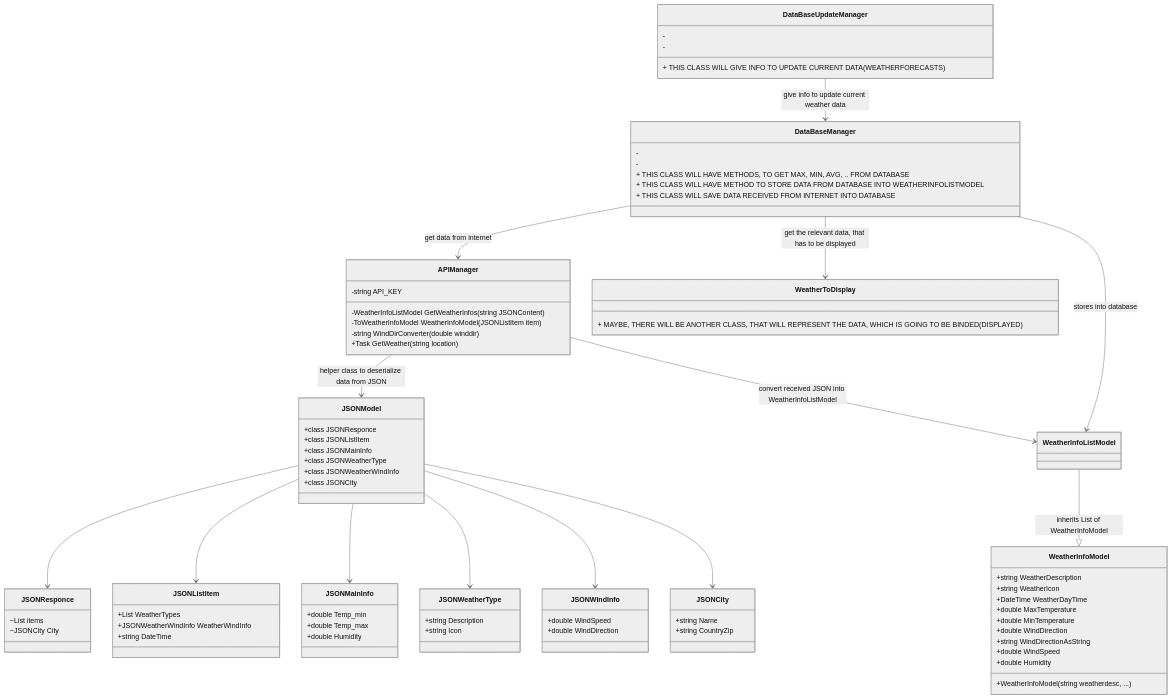
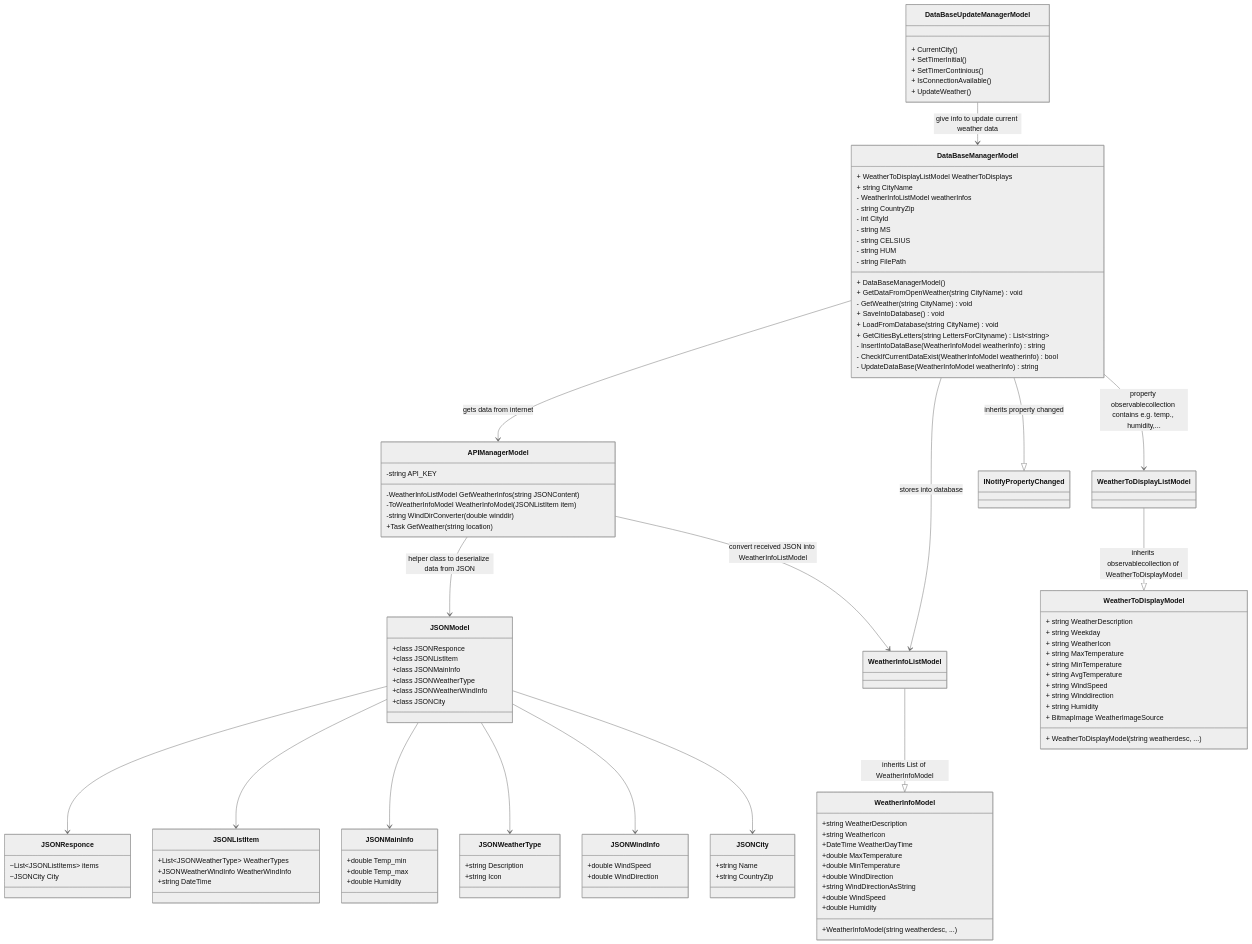
The diagram in Documentation/ClassDiagramms.md (botchGNU/weather-widget), drawn with Mermaid (neutral theme) before and after one commit. The commit also changed 4 other files, not shown here.

````diff
--- a/Documentation/ClassDiagramms.md
+++ b/Documentation/ClassDiagramms.md
@@ -3,9 +3,9 @@
 ```mermaid
 classDiagram
 
-	DataBaseManager --> APIManager : get data from internet
+	DataBaseManagerModel --> APIManagerModel : gets data from internet
 	
-	APIManager --> JSONModel : helper class to deserialize data from JSON
+	APIManagerModel --> JSONModel : helper class to deserialize data from JSON
 	
 	%% This is helper class, which gets the properties, that we need for our application
 	JSONModel --> JSONResponce
@@ -16,39 +16,68 @@
 	JSONModel --> JSONCity	
 	
 	%% After that, APIManager converts this thata into a List of weatherinfomodel
-	APIManager --> WeatherInfoListModel : convert received JSON into WeatherInfoListModel
+	APIManagerModel --> WeatherInfoListModel : convert received JSON into WeatherInfoListModel
 	
 	WeatherInfoListModel --|> WeatherInfoModel : inherits List of WeatherInfoModel
 	
-	DataBaseUpdateManager --> DataBaseManager : give info to update current weather data
+	DataBaseUpdateManagerModel --> DataBaseManagerModel : give info to update current weather data
 	
-	DataBaseManager --> WeatherInfoListModel : stores into database
+	DataBaseManagerModel --> WeatherInfoListModel : stores into database
 	
-	%% Weather data class, which are going to be displayed (not fix at the moment)
-	DataBaseManager --> WeatherToDisplay : get the relevant data, that has to be displayed
+	%% Weather data class, which are going to be displayed 
+	WeatherToDisplayListModel --|> WeatherToDisplayModel : inherits observablecollection of WeatherToDisplayModel
+	DataBaseManagerModel --> WeatherToDisplayListModel: property observablecollection contains e.g. temp., humidity,...
+	DataBaseManagerModel --|> INotifyPropertyChanged: inherits property changed
 	
-	
-    class APIManager{
+		
+    class APIManagerModel{
     -string API_KEY
     -WeatherInfoListModel GetWeatherInfos(string JSONContent)
     -ToWeatherInfoModel WeatherInfoModel(JSONListItem item)
     -string WindDirConverter(double winddir)
     +Task GetWeather(string location)
     }
-    class WeatherToDisplay{
-    + MAYBE, THERE WILL BE ANOTHER CLASS, THAT WILL REPRESENT THE DATA, WHICH IS GOING TO BE BINDED (DISPLAYED)
+    class WeatherToDisplayModel{
+    + string WeatherDescription
+    + string Weekday
+    + string WeatherIcon
+    + string MaxTemperature
+    + string MinTemperature
+    + string AvgTemperature
+    + string WindSpeed
+    + string Winddirection
+    + string Humidity
+    + BitmapImage WeatherImageSource
+    + WeatherToDisplayModel(string weatherdesc, ...)
     }
-    class DataBaseManager{
-    -
-    -
-    + THIS CLASS WILL HAVE METHODS, TO GET MAX, MIN, AVG, .. FROM DATABASE
-    + THIS CLASS WILL HAVE METHOD TO STORE DATA FROM DATABASE INTO WEATHERINFOLISTMODEL
-    + THIS CLASS WILL SAVE DATA RECEIVED FROM INTERNET INTO DATABASE
+    class WeatherToDisplayListModel~WeatherToDisplayModel~{
     }
-    class DataBaseUpdateManager{
-    -
-    -
-    + THIS CLASS WILL GIVE INFO TO UPDATE CURRENT DATA (WEATHERFORECASTS)
+    class DataBaseManagerModel{
+    + WeatherToDisplayListModel WeatherToDisplays
+    + string CityName
+    - WeatherInfoListModel weatherInfos
+    - string CountryZip
+    - int CityId
+    - string MS
+    - string CELSIUS
+    - string HUM
+    - string FilePath
+    + DataBaseManagerModel()
+    + GetDataFromOpenWeather(string CityName) void
+    - GetWeather(string CityName) void
+    + SaveIntoDatabase() void
+    + LoadFromDatabase(string CityName) void
+    + GetCitiesByLetters(string LettersForCityname) List~string~
+    - InsertIntoDataBase(WeatherInfoModel weatherInfo) string
+    - CheckIfCurrentDataExist(WeatherInfoModel weatherinfo) bool
+    - UpdateDataBase(WeatherInfoModel weatherInfo) string
+    }
+    class DataBaseUpdateManagerModel{
+    + CurrentCity()
+    + SetTimerInitial()
+    + SetTimerContinious()
+    + IsConnectionAvailable()
+    + UpdateWeather()
     }
     class JSONModel{
     +class JSONResponce
@@ -59,11 +88,11 @@
     +class JSONCity
     }
     class JSONResponce {
-    	~List<JSONListItems> items
+    	~List~JSONListItems~ items
     	~JSONCity City
     }
     class JSONListItem {
-        +List<JSONWeatherType> WeatherTypes
+        +List~JSONWeatherType~ WeatherTypes
     	+JSONWeatherWindInfo WeatherWindInfo
     	+string DateTime
     }
@@ -97,6 +126,6 @@
     	+double Humidity
     	+WeatherInfoModel(string weatherdesc, ...)
     }
-    class WeatherInfoListModel{
+    class WeatherInfoListModel~WeatherInfoModel~{
     }
 ```
````
